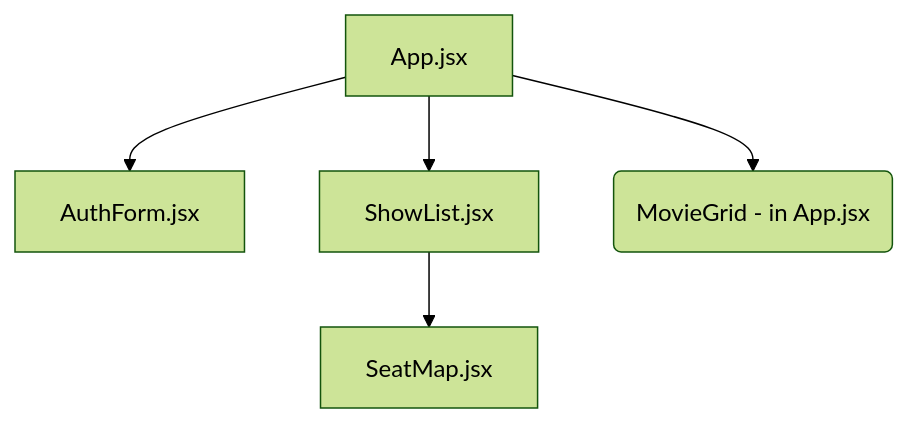
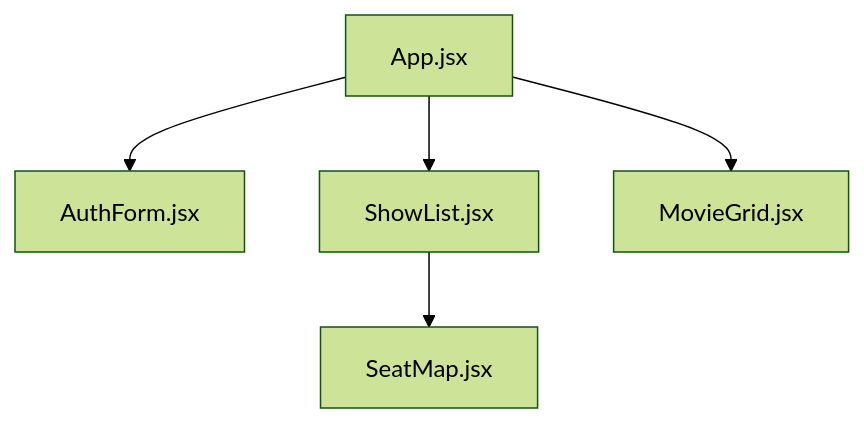
The second of 2 diagrams in DOCUMENTATION.md (SkyCoder31/movie-booking-ui), drawn with Mermaid (forest theme) before and after one commit. The commit also changed other lines of this file, not shown here.

````diff
--- a/DOCUMENTATION.md
+++ b/DOCUMENTATION.md
@@ -38,8 +38,7 @@
 ```mermaid
 graph TD
     App[App.jsx] --> AuthForm[AuthForm.jsx]
     App --> ShowList[ShowList.jsx]
-    App --> MovieGrid(MovieGrid - in App.jsx)
-    
+    App --> MovieGrid[MovieGrid.jsx]
     ShowList --> SeatMap[SeatMap.jsx]
 ```
````
